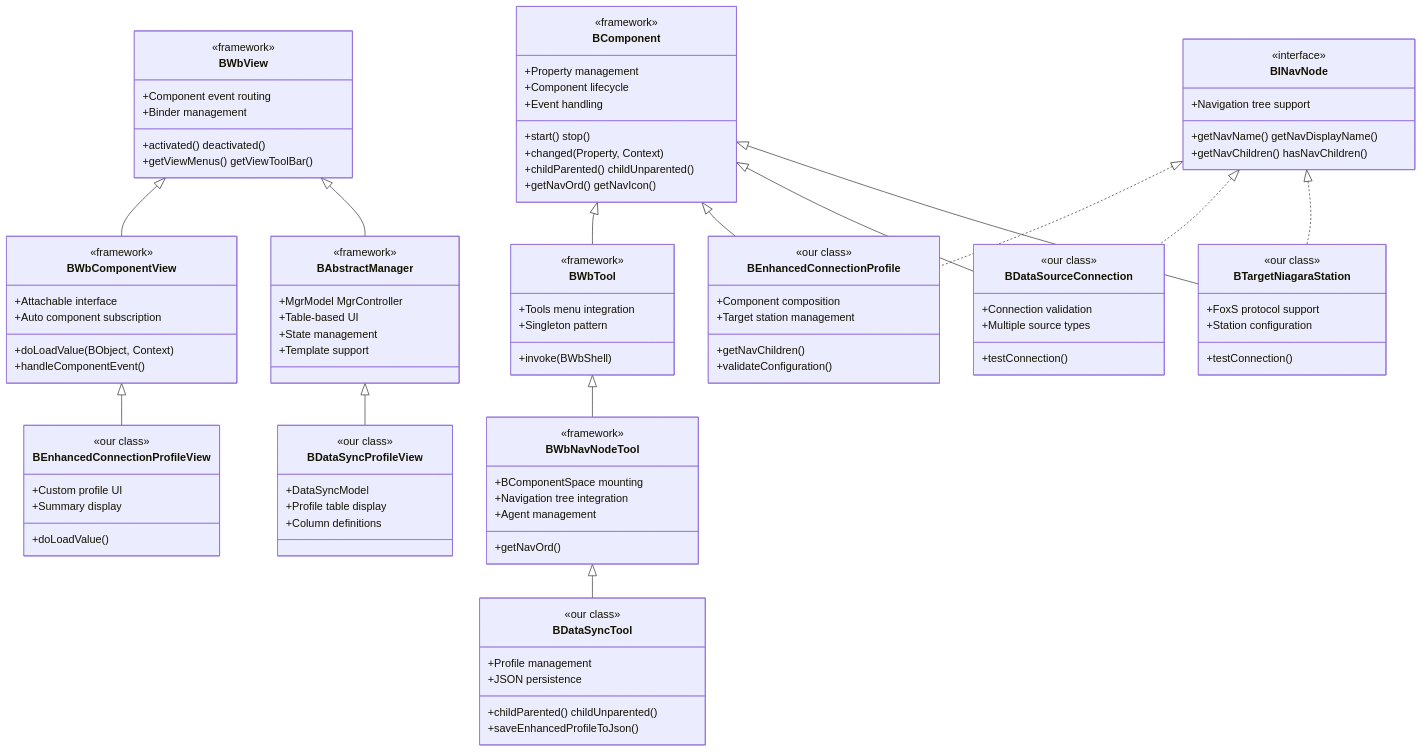
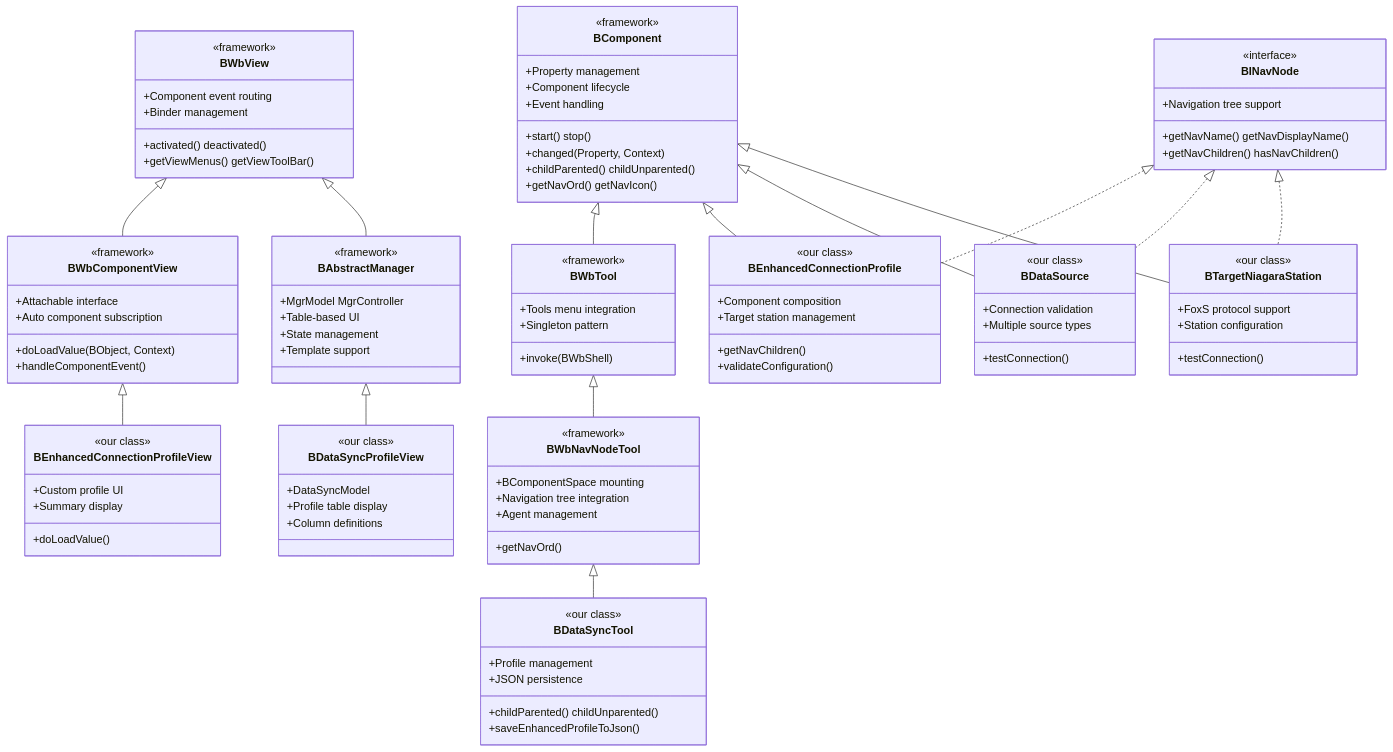
The diagram in docs/INHERITANCE_HIERARCHY_AND_FRAMEWORK_FEATURES.md (fool1701/N4DataSync), drawn with Mermaid before and after one commit. The commit also changed 30 other files, not shown here.

````diff
--- a/docs/INHERITANCE_HIERARCHY_AND_FRAMEWORK_FEATURES.md
+++ b/docs/INHERITANCE_HIERARCHY_AND_FRAMEWORK_FEATURES.md
@@ -97,7 +97,7 @@
         +Target station management
     }
     
-    class BDataSourceConnection {
+    class BDataSource {
         <<our class>>
         +testConnection()
         +Connection validation
@@ -123,11 +123,11 @@
     BAbstractManager <|-- BDataSyncProfileView
     
     BComponent <|-- BEnhancedConnectionProfile
-    BComponent <|-- BDataSourceConnection
+    BComponent <|-- BDataSource
     BComponent <|-- BTargetNiagaraStation
-    
+
     %% Interface implementations
     BINavNode <|.. BEnhancedConnectionProfile
-    BINavNode <|.. BDataSourceConnection
+    BINavNode <|.. BDataSource
     BINavNode <|.. BTargetNiagaraStation
 ```
````
